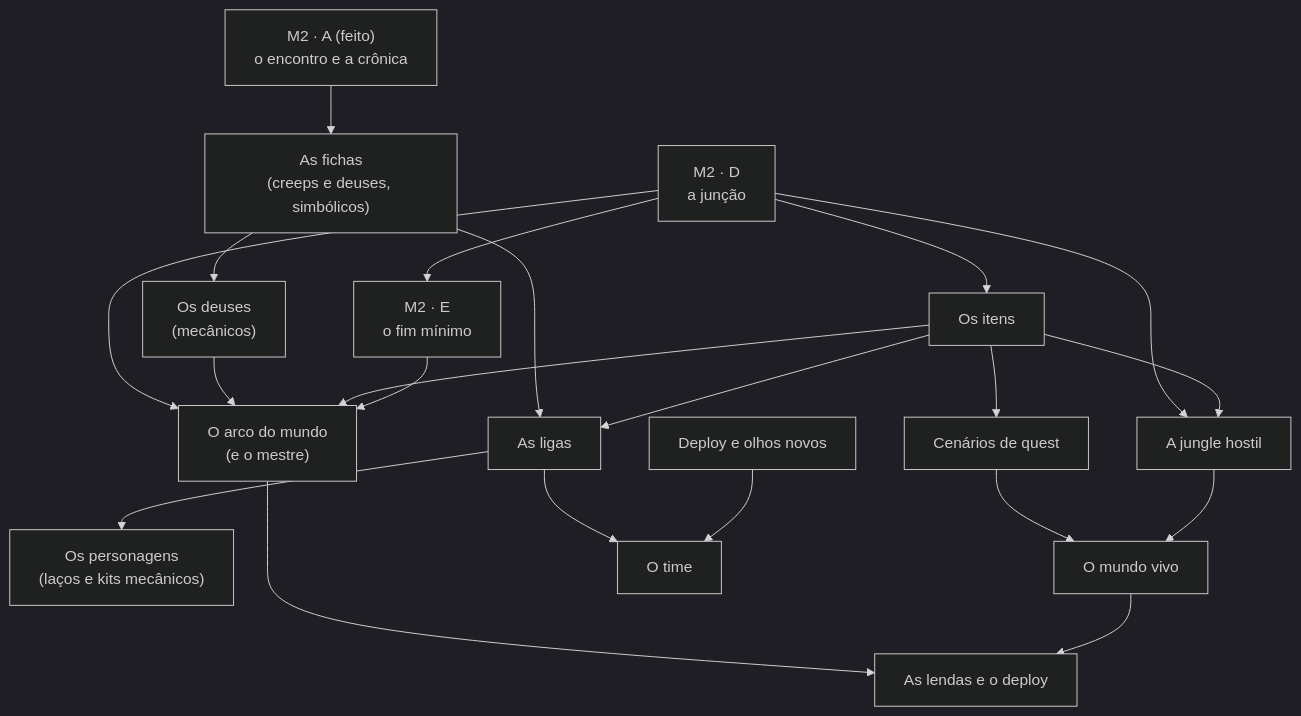
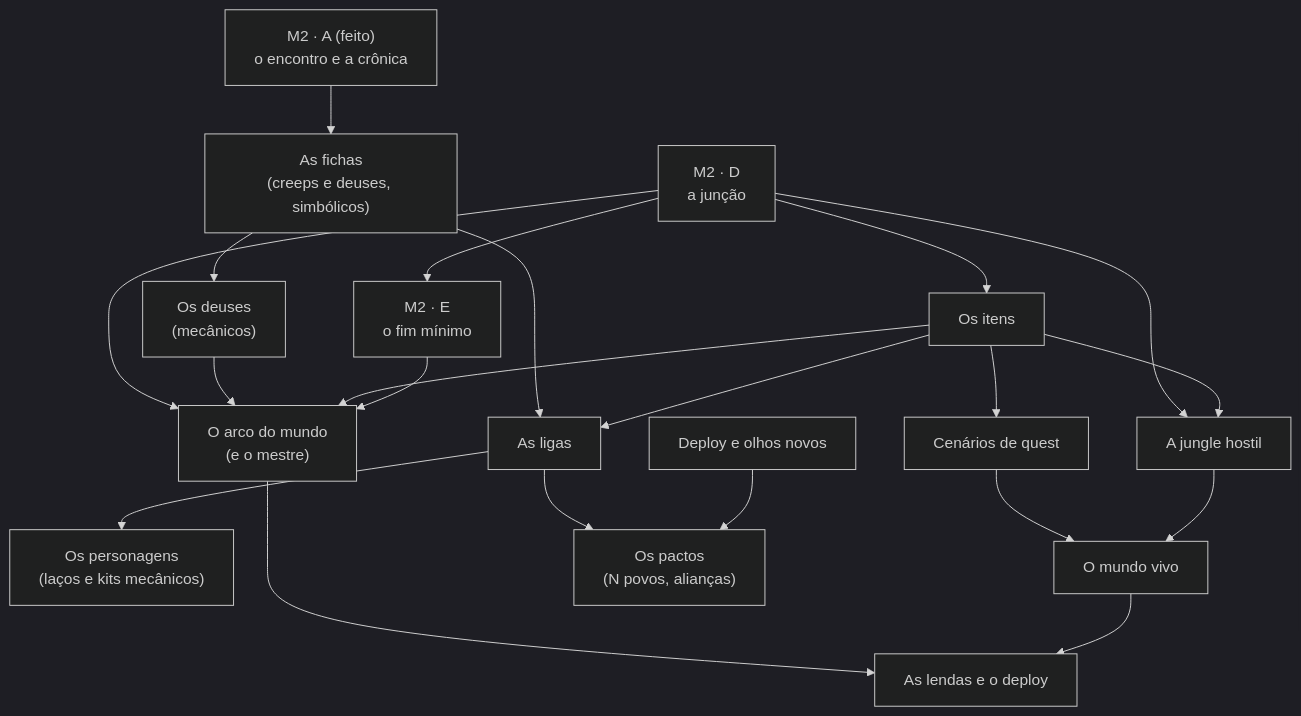
Before and after one commit to eliasfeijo/geometrix: the diagram in docs/ROADMAP.md, drawn with Mermaid (dark theme). The commit also changed other lines of this file and 15 other files, not shown here.

````diff
--- a/docs/ROADMAP.md
+++ b/docs/ROADMAP.md
@@ -80,23 +80,23 @@
 ```mermaid
 flowchart TD
     D["M2 · D<br/>a junção"] --> E["M2 · E<br/>o fim mínimo"]
     D --> IT["Os itens"]
     A["M2 · A (feito)<br/>o encontro e a crônica"] --> ID["As fichas<br/>(creeps e deuses, simbólicos)"]
     IT --> LG["As ligas"]
     ID --> LG
     LG --> PS["Os personagens<br/>(laços e kits mecânicos)"]
     IT --> JH["A jungle hostil"]
     D --> JH
     IT --> QC["Cenários de quest"]
     E --> FM["O arco do mundo<br/>(e o mestre)"]
     IT --> FM
     ID --> DE["Os deuses<br/>(mecânicos)"]
     DE --> FM
     D --> FM
     JH --> MV["O mundo vivo"]
     QC --> MV
-    DEP["Deploy e olhos novos"] --> TM["O time"]
+    DEP["Deploy e olhos novos"] --> TM["Os pactos<br/>(N povos, alianças)"]
     LG --> TM
     MV --> LE["As lendas e o deploy"]
     FM --> LE
 ```
````
